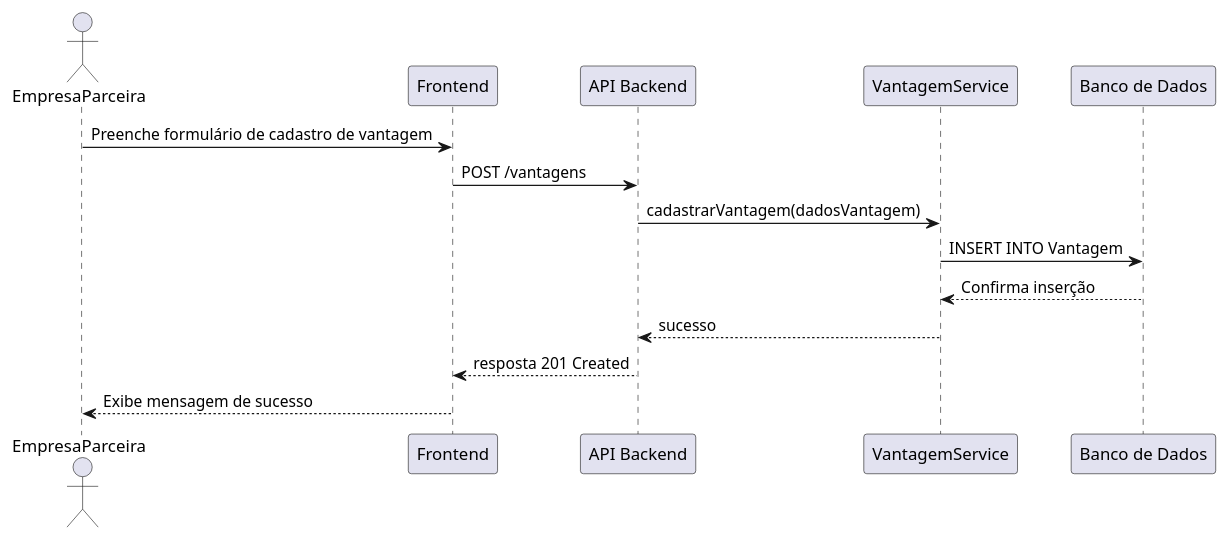
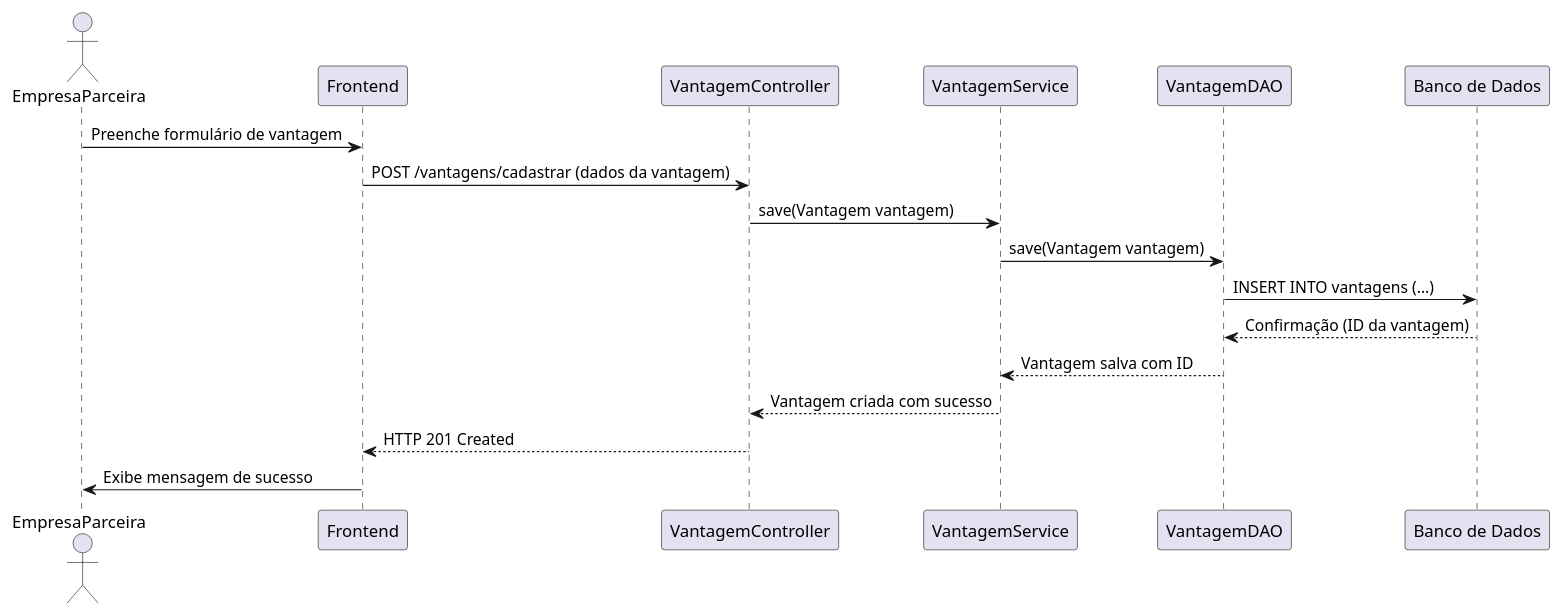
One commit to renatoctti/Laboratorio03 changed the diagram in Projeto/sequencia/Cadastro de Vantagem.wsd. Above: the diagram before and after it, drawn with PlantUML. The commit also changed 7 other files, not shown here.

Commit message:
commit diagramas

```diff
--- a/Projeto/sequencia/Cadastro de Vantagem.wsd
+++ b/Projeto/sequencia/Cadastro de Vantagem.wsd
@@ -1,16 +1,20 @@
-@startuml
-actor EmpresaParceira
-participant "Frontend" as FE
-participant "API Backend" as BE
-participant "VantagemService" as VS
+@startuml sequencia
+actor EmpresaParceira as Empresa
+participant "Frontend" as Front
+participant "VantagemController" as Controller
+participant "VantagemService" as Service
+participant "VantagemDAO" as DAO
 participant "Banco de Dados" as DB
 
-EmpresaParceira -> FE : Preenche formulário de cadastro de vantagem
-FE -> BE : POST /vantagens
-BE -> VS : cadastrarVantagem(dadosVantagem)
-VS -> DB : INSERT INTO Vantagem
-DB --> VS : Confirma inserção
-VS --> BE : sucesso
-BE --> FE : resposta 201 Created
-FE --> EmpresaParceira : Exibe mensagem de sucesso
+Empresa -> Front : Preenche formulário de vantagem
+Front -> Controller : POST /vantagens/cadastrar (dados da vantagem)
+Controller -> Service : save(Vantagem vantagem)
+Service -> DAO : save(Vantagem vantagem)
+DAO -> DB : INSERT INTO vantagens (...)
+DB --> DAO : Confirmação (ID da vantagem)
+DAO --> Service : Vantagem salva com ID
+Service --> Controller : Vantagem criada com sucesso
+Controller --> Front : HTTP 201 Created
+Front -> Empresa : Exibe mensagem de sucesso
+
 @enduml
```
